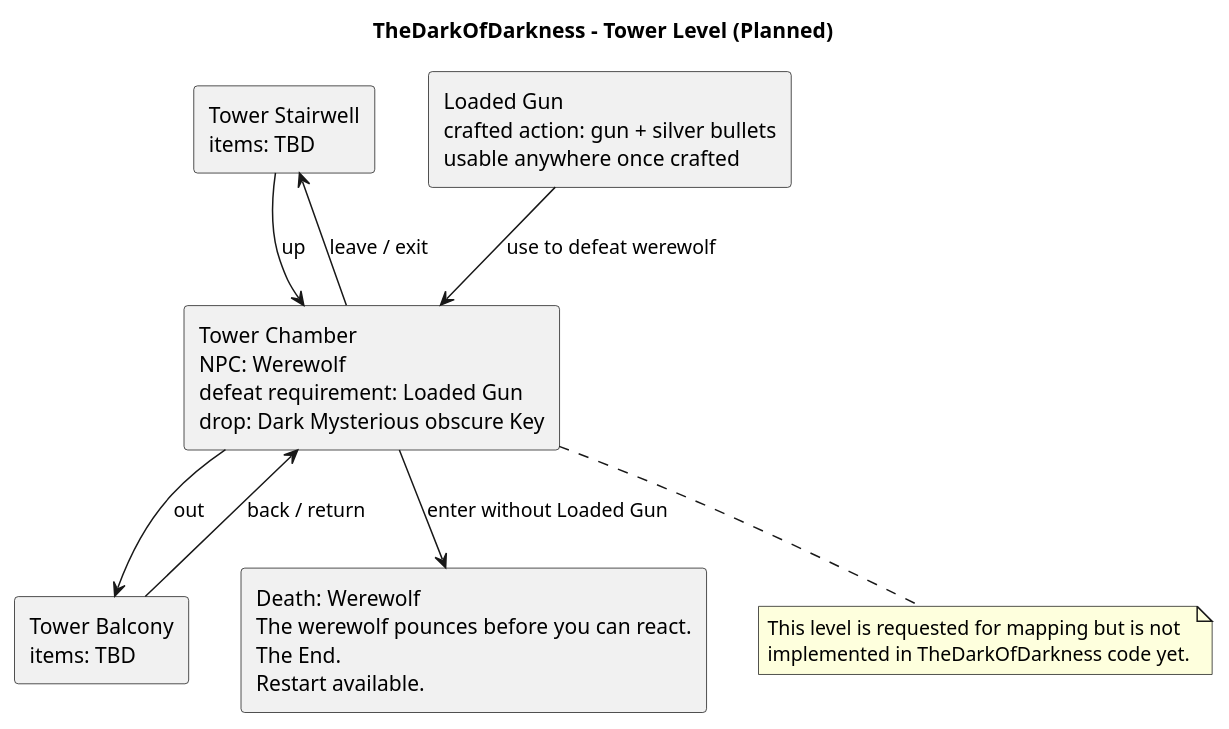
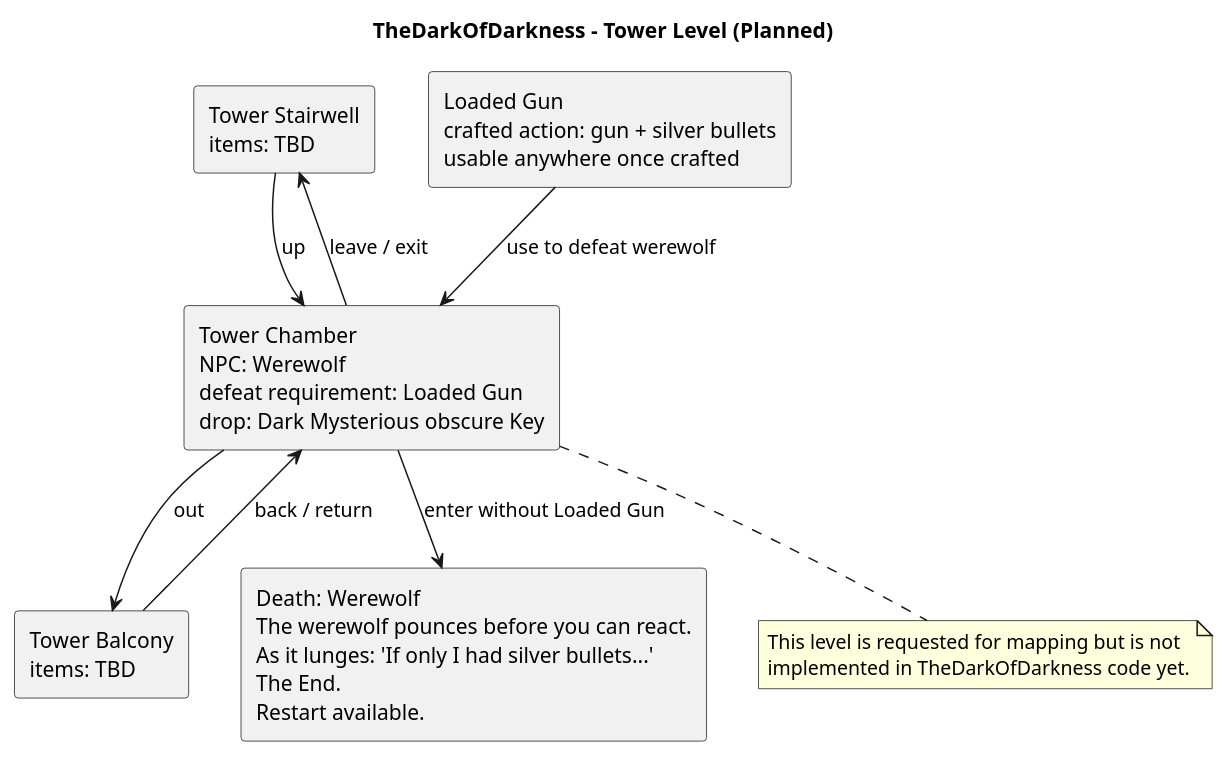
One commit to arranbartish/text-adventures changed the diagram in docs/TheDarkOfDarkness/map/tower-level.puml. Above: the diagram before and after it, drawn with PlantUML. The commit also changed 5 other files, not shown here.

```diff
--- a/docs/TheDarkOfDarkness/map/tower-level.puml
+++ b/docs/TheDarkOfDarkness/map/tower-level.puml
@@ -1,26 +1,26 @@
 @startuml
 title TheDarkOfDarkness - Tower Level (Planned)
 
 skinparam shadowing false
 skinparam packageStyle rectangle
 top to bottom direction
 
 rectangle "Tower Stairwell\nitems: TBD" as stairwell
 rectangle "Tower Chamber\nNPC: Werewolf\ndefeat requirement: Loaded Gun\ndrop: Dark Mysterious obscure Key" as chamber
 rectangle "Tower Balcony\nitems: TBD" as balcony
 rectangle "Loaded Gun\ncrafted action: gun + silver bullets\nusable anywhere once crafted" as loadedGun
-rectangle "Death: Werewolf\nThe werewolf pounces before you can react.\nThe End.\nRestart available." as death
+rectangle "Death: Werewolf\nThe werewolf pounces before you can react.\nAs it lunges: 'If only I had silver bullets...'\nThe End.\nRestart available." as death
 
 stairwell --> chamber : up
 chamber --> balcony : out
 balcony --> chamber : back / return
 chamber --> stairwell : leave / exit
 loadedGun --> chamber : use to defeat werewolf
 chamber --> death : enter without Loaded Gun
 
 note bottom of chamber
 This level is requested for mapping but is not
 implemented in TheDarkOfDarkness code yet.
 end note
 
 @enduml
```
